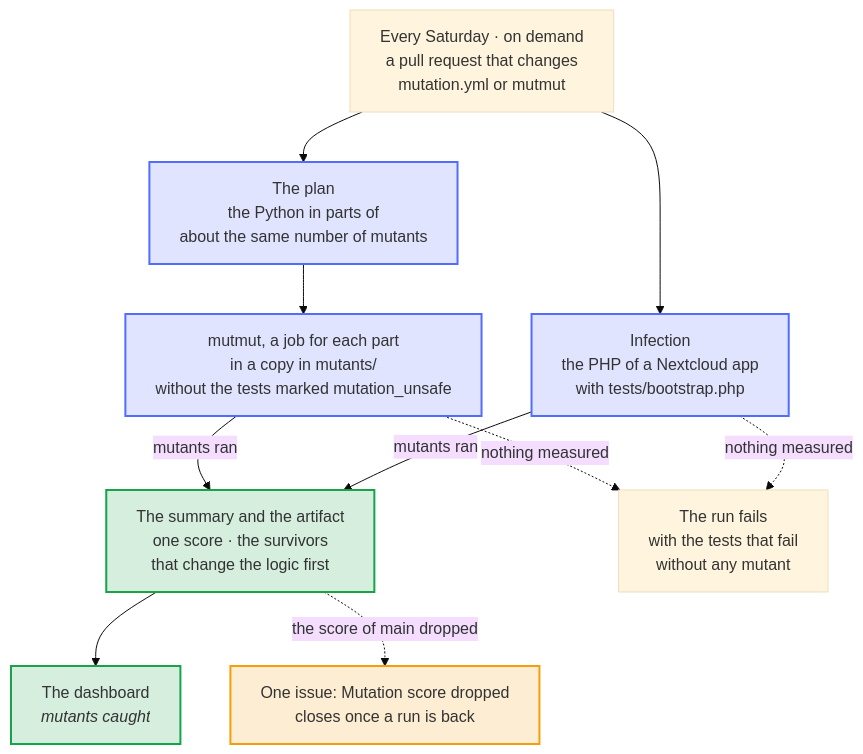
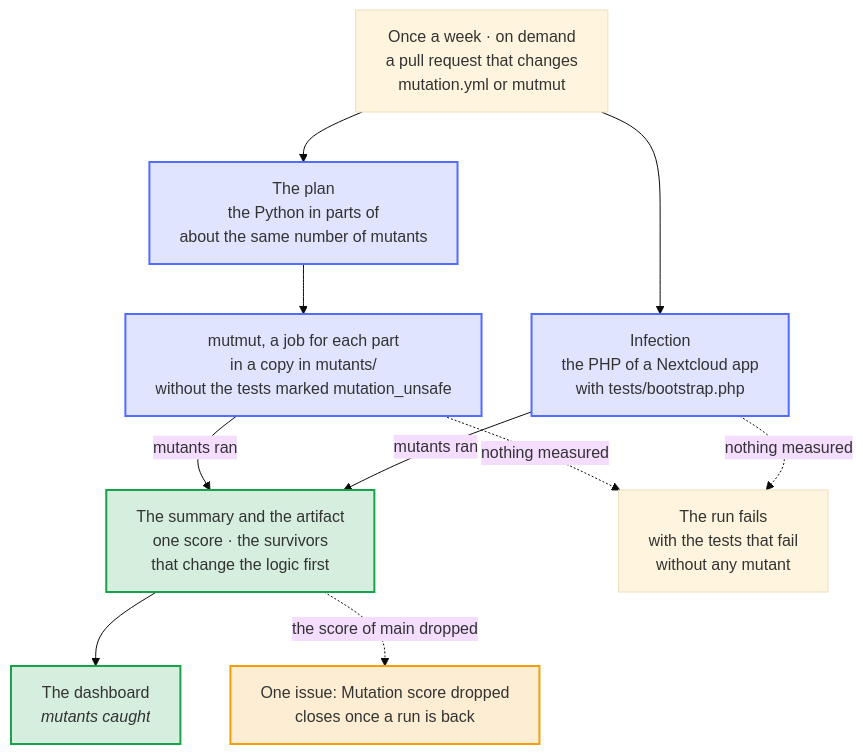
The diagram in docs/diagrams/how-the-mutation-tests-run.mmd (Dennis-Otto/repo-blueprint), drawn with Mermaid (base theme) before and after one commit. The commit also changed 40 other files, not shown here.

First line of the commit message:
perf(ci): give every repository its own times for the scheduled workflows

```diff
--- a/docs/diagrams/how-the-mutation-tests-run.mmd
+++ b/docs/diagrams/how-the-mutation-tests-run.mmd
@@ -1,34 +1,34 @@
 ---
 config:
   flowchart:
     wrappingWidth: 400
 ---
 flowchart TB
     accTitle: How the mutation tests run
-    accDescr: Every Saturday, on demand, and for a pull request that changes how they run, the Mutation workflow runs the mutants. For Python, the plan splits the code into parts of about the same number of mutants, and mutmut runs each part in a job of its own, in a copy of the repository and without the tests marked mutation_unsafe; Infection changes the PHP of a Nextcloud app, with the bootstrap of its tests. The summary shows one score and first the survivors that change the logic, with their changes, the artifact keeps them and the dashboard shows the score. When the score of the default branch drops below that of the run before, one issue opens, which closes once a run is back. A run that measured nothing fails and names the tests that failed without any mutant.
+    accDescr: Once a week, on demand, and for a pull request that changes how they run, the Mutation workflow runs the mutants. For Python, the plan splits the code into parts of about the same number of mutants, and mutmut runs each part in a job of its own, in a copy of the repository and without the tests marked mutation_unsafe; Infection changes the PHP of a Nextcloud app, with the bootstrap of its tests. The summary shows one score and first the survivors that change the logic, with their changes, the artifact keeps them and the dashboard shows the score. When the score of the default branch drops below that of the run before, one issue opens, which closes once a run is back. A run that measured nothing fails and names the tests that failed without any mutant.
 
-    start["Every Saturday · on demand<br>a pull request that changes<br>mutation.yml or mutmut"]
+    start["Once a week · on demand<br>a pull request that changes<br>mutation.yml or mutmut"]
     plan["The plan<br>the Python in parts of<br>about the same number of mutants"]
     python["mutmut, a job for each part<br>in a copy in mutants/<br>without the tests marked mutation_unsafe"]
     php["Infection<br>the PHP of a Nextcloud app<br>with tests/bootstrap.php"]
     score["The summary and the artifact<br>one score · the survivors<br>that change the logic first"]
     dashboard["`The dashboard<br>*mutants caught*`"]
     issue["One issue: Mutation score dropped<br>closes once a run is back"]
     fail["The run fails<br>with the tests that fail<br>without any mutant"]
 
     start --> plan
     plan --> python
     start --> php
     python -- "mutants ran" --> score
     php -- "mutants ran" --> score
     score --> dashboard
     score -. "the score of main dropped" .-> issue
     python -. "nothing measured" .-> fail
     php -. "nothing measured" .-> fail
 
     classDef bot fill:#526cfe2e,stroke:#526cfe,stroke-width:2px
     classDef done fill:#16a34a2e,stroke:#16a34a,stroke-width:2px
     classDef person fill:#f59e0b2e,stroke:#f59e0b,stroke-width:2px
     class plan,python,php bot
     class score,dashboard done
     class issue person
```
